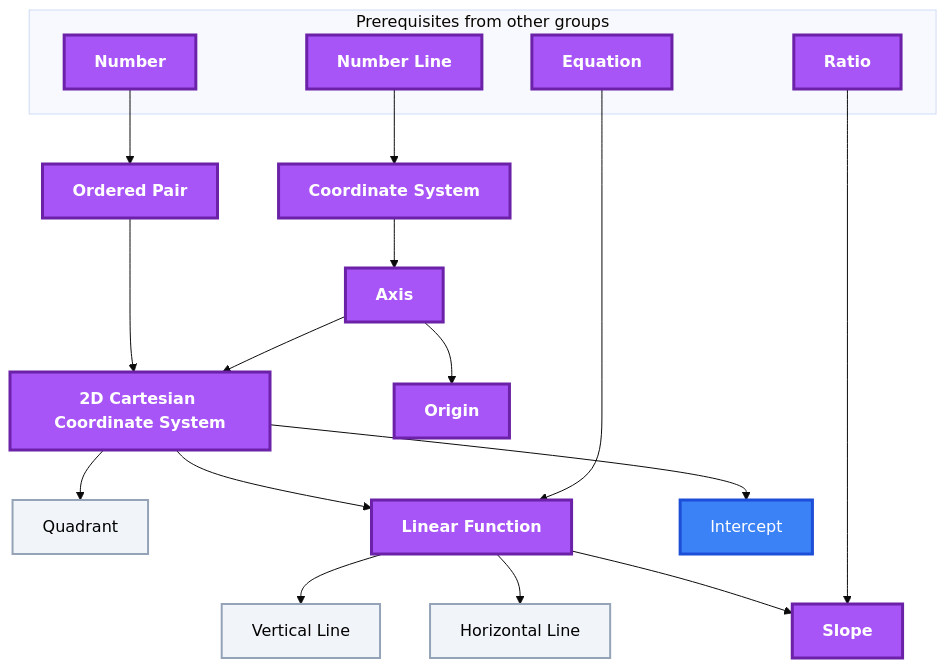
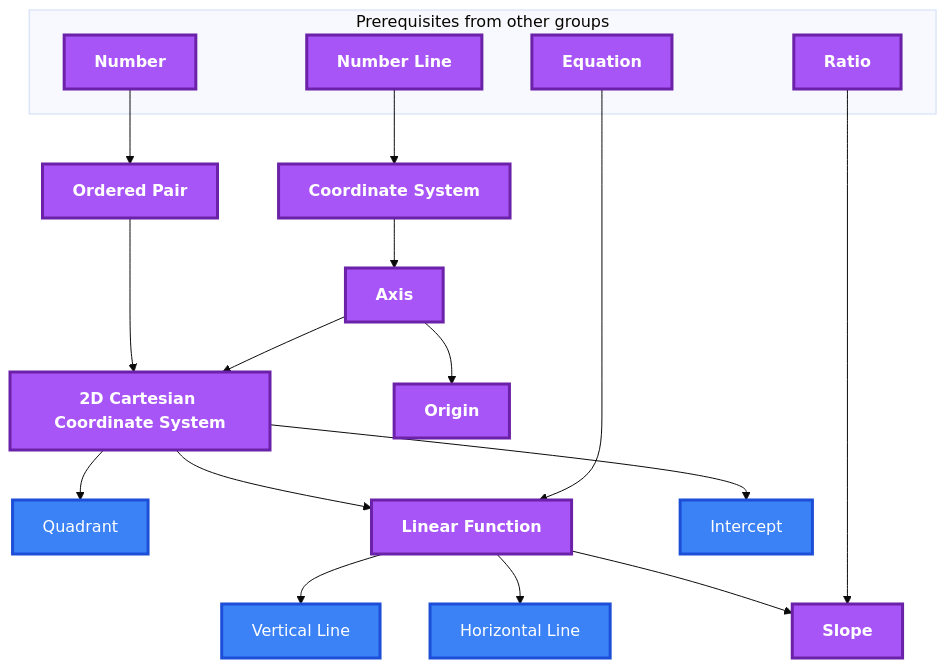
One commit to MRauf1/My-Notes changed the tenth of 10 diagrams in Gamification/Skill Trees/Pre-Algebra.md. Above: the diagram before and after it, drawn with Mermaid (base theme). The commit also changed other lines of this file and 145 other files, not shown here.

````diff
--- a/Gamification/Skill Trees/Pre-Algebra.md
+++ b/Gamification/Skill Trees/Pre-Algebra.md
@@ -562,47 +545,46 @@
 ```mermaid
 flowchart TD
     classDef planned fill:#1E293B,stroke:#64748B,stroke-width:2px,stroke-dasharray:5 5,color:#94A3B8;
     classDef locked fill:#334155,stroke:#475569,stroke-width:2px,color:#94A3B8;
     classDef L0 fill:#F1F5F9,stroke:#94A3B8,stroke-width:2px,color:#000000;
     classDef L1 fill:#22C55E,stroke:#15803D,stroke-width:2px,color:#000000;
     classDef L2 fill:#3B82F6,stroke:#1D4ED8,stroke-width:3px,color:#FFFFFF;
     classDef L3 fill:#A855F7,stroke:#6B21A8,stroke-width:3px,color:#FFFFFF,font-weight:bold;
     classDef L4 fill:#F97316,stroke:#C2410C,stroke-width:4px,color:#000000,font-weight:bold;
     classDef L5 fill:#FFD700,stroke:#FF8C00,stroke-width:5px,color:#000000,font-weight:bold;
     classDef rusty stroke:#8B4513,stroke-width:4px,stroke-dasharray:3 3;
     subgraph sg_prereqs["Prerequisites from other groups"]
         n_number_line["Number Line"]
         n_number["Number"]
         n_equation["Equation"]
         n_ratio["Ratio"]
     end
     n_coordinate_system["Coordinate System"]
     n_axis["Axis"]
     n_ordered_pair["Ordered Pair"]
     n_2d_cartesian_coordinate_system["2D Cartesian Coordinate System"]
     n_quadrant["Quadrant"]
     n_origin["Origin"]
     n_linear_function["Linear Function"]
     n_vertical_line["Vertical Line"]
     n_horizontal_line["Horizontal Line"]
     n_intercept["Intercept"]
     n_slope["Slope"]
     n_number_line --> n_coordinate_system
     n_coordinate_system --> n_axis
     n_number --> n_ordered_pair
     n_axis --> n_2d_cartesian_coordinate_system
     n_ordered_pair --> n_2d_cartesian_coordinate_system
     n_2d_cartesian_coordinate_system --> n_quadrant
     n_axis --> n_origin
     n_equation --> n_linear_function
     n_2d_cartesian_coordinate_system --> n_linear_function
     n_linear_function --> n_vertical_line
     n_linear_function --> n_horizontal_line
     n_2d_cartesian_coordinate_system --> n_intercept
     n_ratio --> n_slope
     n_linear_function --> n_slope
-    class n_quadrant,n_vertical_line,n_horizontal_line L0;
-    class n_intercept L2;
+    class n_quadrant,n_vertical_line,n_horizontal_line,n_intercept L2;
     class n_number_line,n_number,n_equation,n_ratio,n_coordinate_system,n_axis,n_ordered_pair,n_2d_cartesian_coordinate_system,n_origin,n_linear_function,n_slope L3;
     class n_number_line,n_number,n_equation,n_ratio,n_coordinate_system,n_axis,n_ordered_pair,n_2d_cartesian_coordinate_system,n_quadrant,n_origin,n_linear_function,n_vertical_line,n_horizontal_line,n_intercept,n_slope internal-link;
 ```
````
